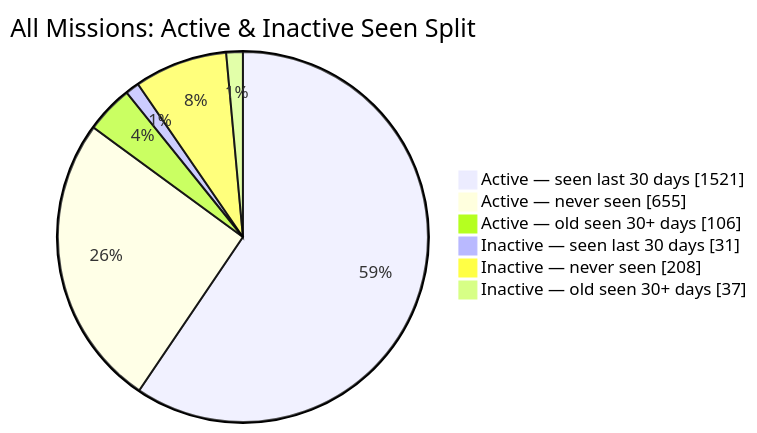
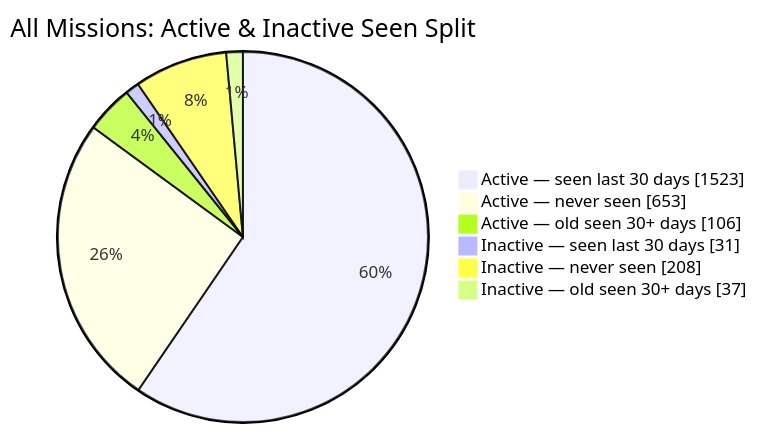
Before and after one commit to MeldkamerspelGameTeam/active-missions: the second of 2 diagrams in README.md, drawn with Mermaid. The commit also changed other lines of this file and 2 other files, not shown here.

````diff
--- a/README.md
+++ b/README.md
@@ -44,10 +44,10 @@
 ```mermaid
 pie showData
     title All Missions: Active & Inactive Seen Split
-    "Active — seen last 30 days" : 1521
-    "Active — never seen" : 655
+    "Active — seen last 30 days" : 1523
+    "Active — never seen" : 653
     "Active — old seen 30+ days" : 106
     "Inactive — seen last 30 days" : 31
     "Inactive — never seen" : 208
     "Inactive — old seen 30+ days" : 37
 ```
````
